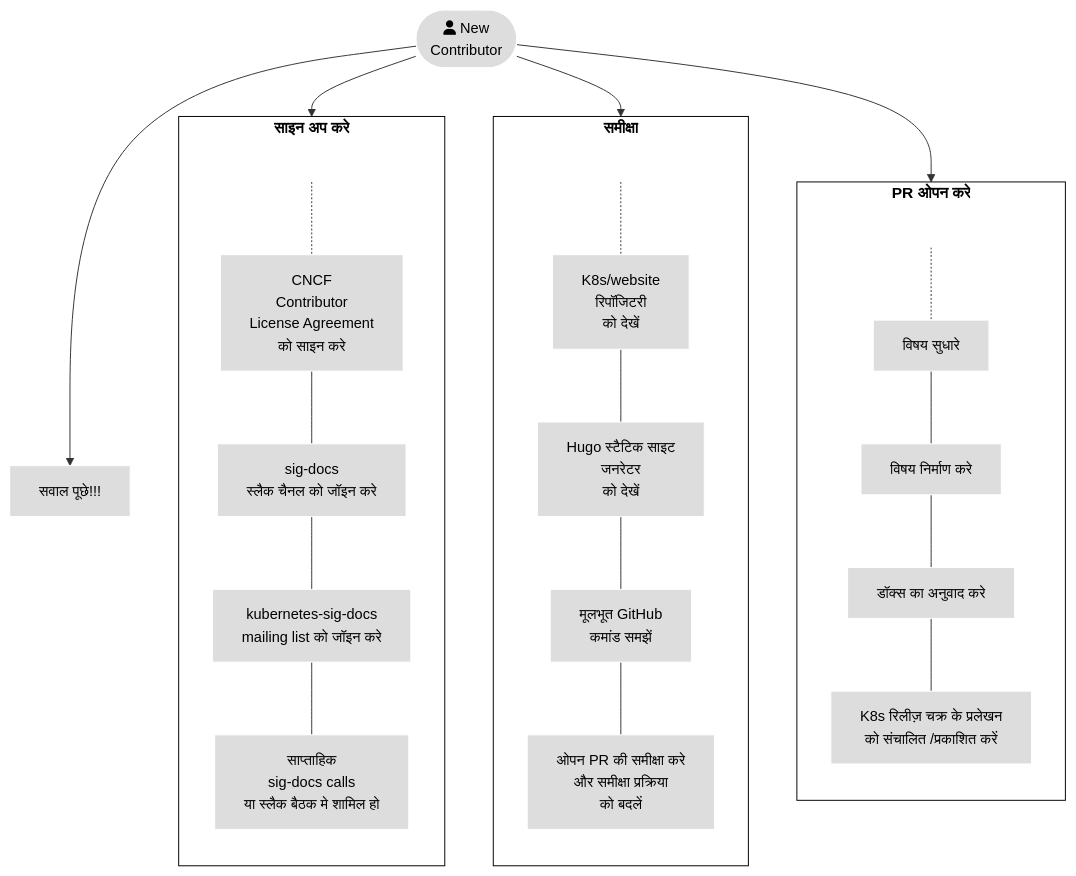
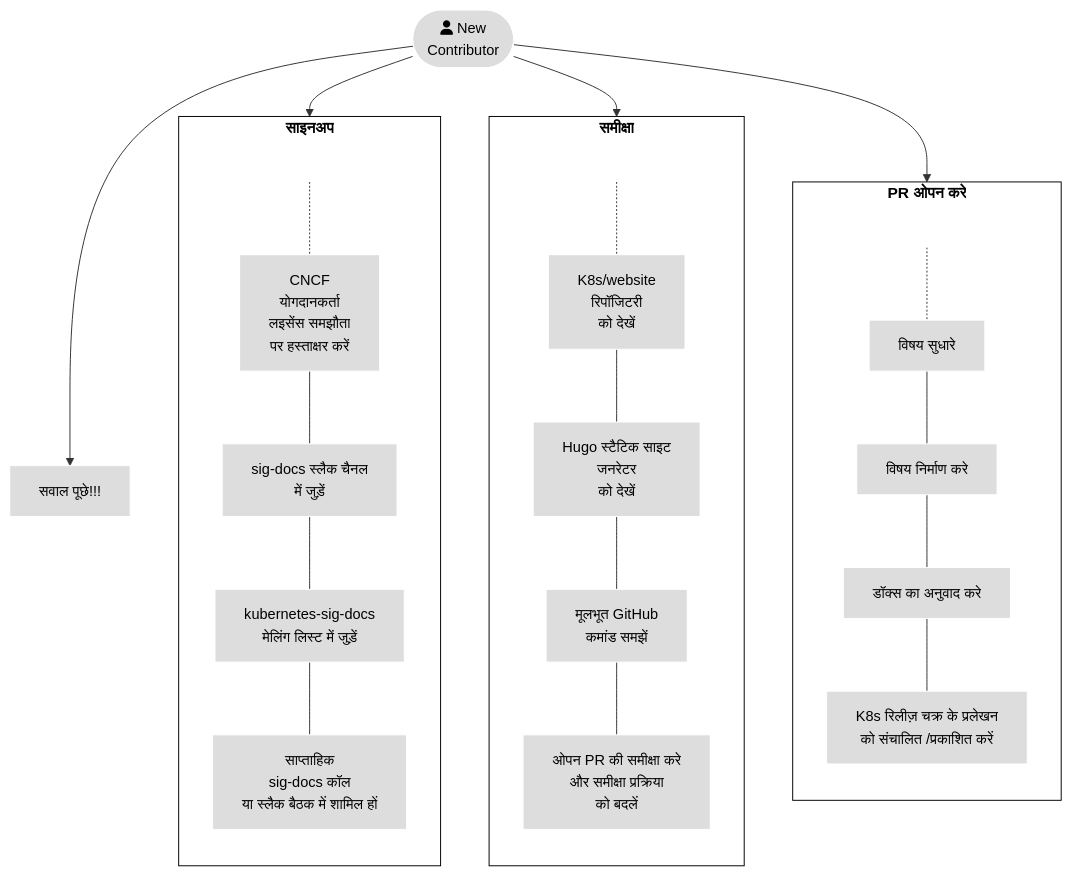
The first of 2 diagrams in content/hi/docs/contribute/_index.md (kubernetes/website), drawn with Mermaid before and after one commit.

```diff
--- a/content/hi/docs/contribute/_index.md
+++ b/content/hi/docs/contribute/_index.md
@@ -57,40 +57,40 @@
 {{< mermaid >}}
 flowchart TB
 subgraph third[PR ओपन करे]
 direction TB
 U[ ] -.-
 Q[विषय सुधारे] --- N[विषय निर्माण करे]
 N --- O[डॉक्स का अनुवाद करे]
 O --- P[K8s रिलीज़ चक्र के प्रलेखन<br>को संचालित /प्रकाशित करें]
 
 end
 
 subgraph second[समीक्षा]
 direction TB
    T[ ] -.-
    D[K8s/website<br>रिपॉजिटरी<br>को देखें] --- E[Hugo स्टैटिक साइट<br>जनरेटर<br>को देखें]
    E --- F[मूलभूत GitHub<br>कमांड समझें]
    F --- G[ओपन PR की समीक्षा करे<br>और समीक्षा प्रक्रिया<br>को बदलें]
 end
 
-subgraph first[साइन अप करे]
+subgraph first[साइनअप]
     direction TB
     S[ ] -.-
-    B[CNCF<br>Contributor<br>License Agreement <br> को साइन करे] --- C[sig-docs<br>स्लैक चैनल को जॉइन करे] 
-    C --- V[kubernetes-sig-docs<br>mailing list को जॉइन करे]
-    V --- M[साप्ताहिक <br>sig-docs calls<br>या स्लैक बैठक मे शामिल हो]
+    B[CNCF<br>योगदानकर्ता<br>लइसेंस समझौता<br>पर हस्ताक्षर करें] --- C[sig-docs स्लैक चैनल<br>में जुड़ें] 
+    C --- V[kubernetes-sig-docs<br>मेलिंग लिस्ट में जुड़ें]
+    V --- M[साप्ताहिक<br>sig-docs कॉल<br>या स्लैक बैठक में शामिल हों]
 end
 
 A([fa:fa-user New<br>Contributor]) --> first
 A --> second
 A --> third
 A --> H[सवाल पूछे!!!]
 
 
 classDef grey fill:#dddddd,stroke:#ffffff,stroke-width:px,color:#000000, font-size:15px;
 classDef white fill:#ffffff,stroke:#000,stroke-width:px,color:#000,font-weight:bold
 classDef spacewhite fill:#ffffff,stroke:#fff,stroke-width:0px,color:#000
 class A,B,C,D,E,F,G,H,M,Q,N,O,P,V grey
 class S,T,U spacewhite
 class first,second,third white
 {{</ mermaid >}}
```
